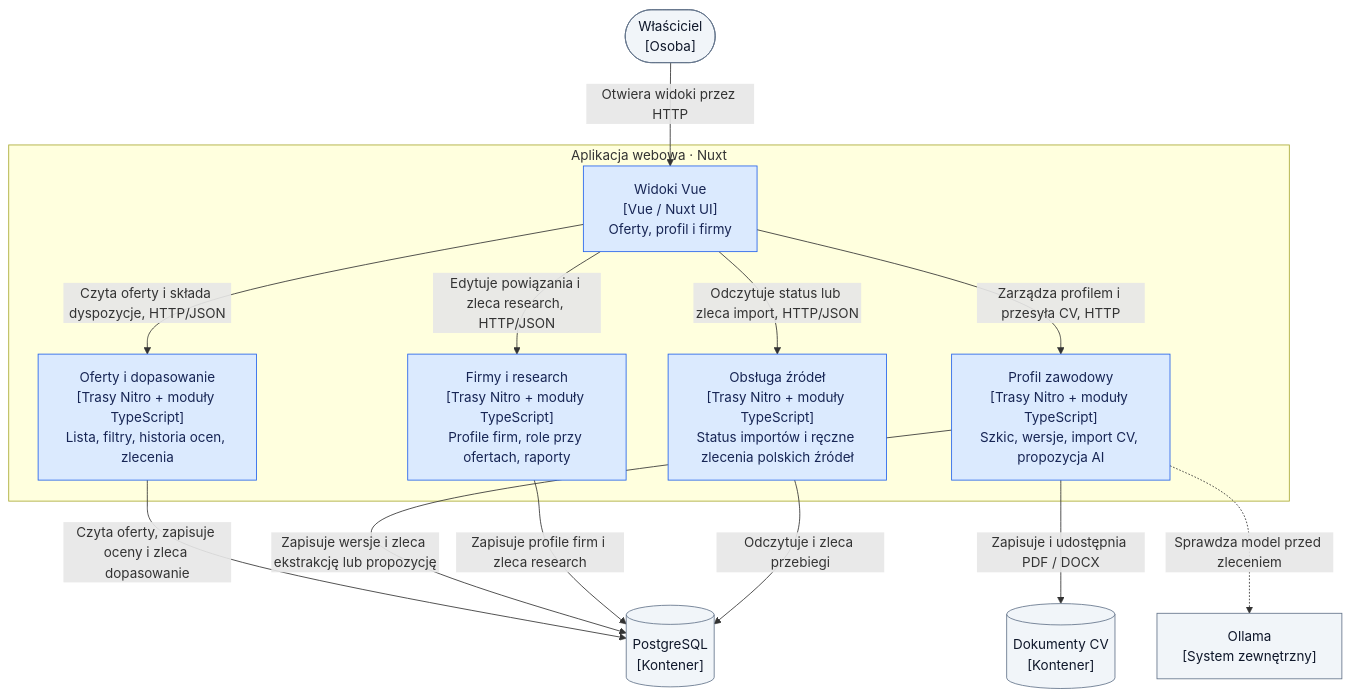
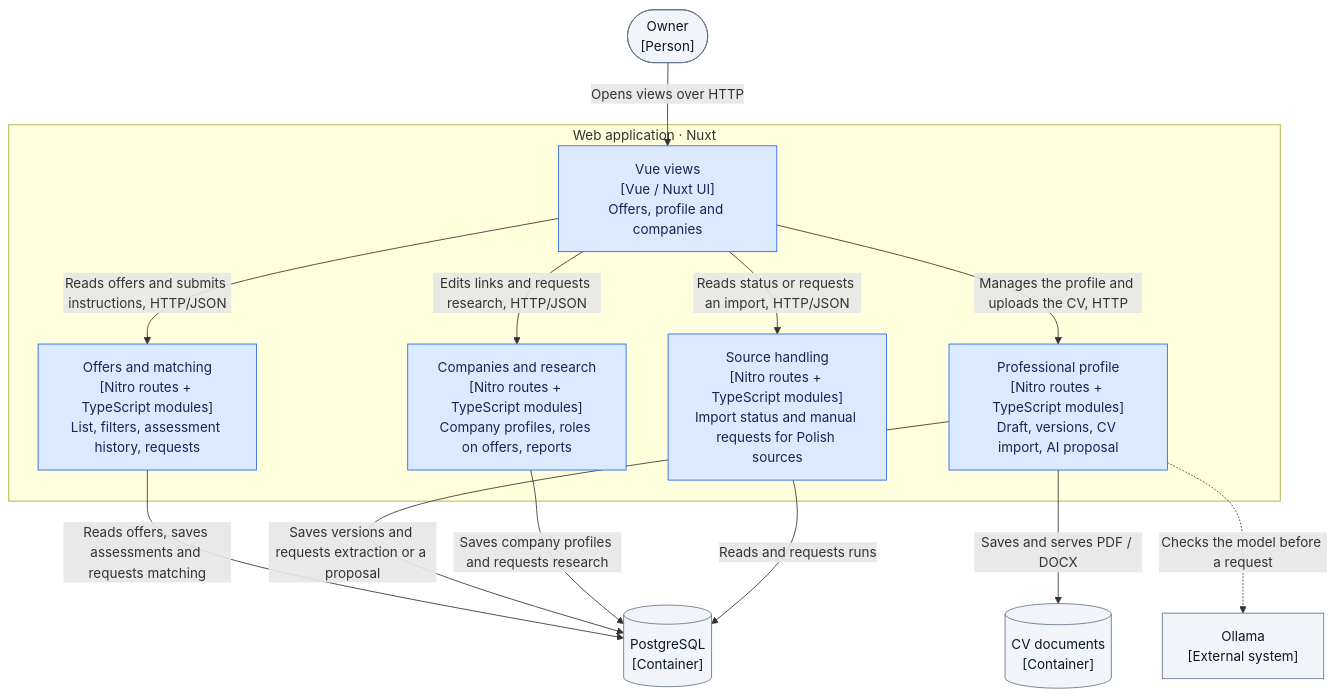
Before and after one commit to pioziol123/ofertorix-rekrutus: the third of 5 diagrams in docs/architecture/README.md, drawn with Mermaid. The commit also changed other lines of this file and 126 other files, not shown here.

````diff
--- a/docs/architecture/README.md
+++ b/docs/architecture/README.md
@@ -84,32 +84,32 @@
 ```mermaid
 flowchart TB
-  Owner(["Właściciel<br/>[Osoba]"])
-  DB[("PostgreSQL<br/>[Kontener]")]
-  Files[("Dokumenty CV<br/>[Kontener]")]
-  Ollama["Ollama<br/>[System zewnętrzny]"]
+  Owner(["Owner<br/>[Person]"])
+  DB[("PostgreSQL<br/>[Container]")]
+  Files[("CV documents<br/>[Container]")]
+  Ollama["Ollama<br/>[External system]"]
 
-  subgraph Web["Aplikacja webowa · Nuxt"]
-    UI["Widoki Vue<br/>[Vue / Nuxt UI]<br/>Oferty, profil i firmy"]
-    Offers["Oferty i dopasowanie<br/>[Trasy Nitro + moduły TypeScript]<br/>Lista, filtry, historia ocen, zlecenia"]
-    Profile["Profil zawodowy<br/>[Trasy Nitro + moduły TypeScript]<br/>Szkic, wersje, import CV, propozycja AI"]
-    Companies["Firmy i research<br/>[Trasy Nitro + moduły TypeScript]<br/>Profile firm, role przy ofertach, raporty"]
-    Sources["Obsługa źródeł<br/>[Trasy Nitro + moduły TypeScript]<br/>Status importów i ręczne zlecenia polskich źródeł"]
+  subgraph Web["Web application · Nuxt"]
+    UI["Vue views<br/>[Vue / Nuxt UI]<br/>Offers, profile and companies"]
+    Offers["Offers and matching<br/>[Nitro routes + TypeScript modules]<br/>List, filters, assessment history, requests"]
+    Profile["Professional profile<br/>[Nitro routes + TypeScript modules]<br/>Draft, versions, CV import, AI proposal"]
+    Companies["Companies and research<br/>[Nitro routes + TypeScript modules]<br/>Company profiles, roles on offers, reports"]
+    Sources["Source handling<br/>[Nitro routes + TypeScript modules]<br/>Import status and manual requests for Polish sources"]
   end
 
-  Owner -->|"Otwiera widoki przez HTTP"| UI
-  UI -->|"Czyta oferty i składa dyspozycje, HTTP/JSON"| Offers
-  UI -->|"Zarządza profilem i przesyła CV, HTTP"| Profile
-  UI -->|"Edytuje powiązania i zleca research, HTTP/JSON"| Companies
-  UI -->|"Odczytuje status lub zleca import, HTTP/JSON"| Sources
-  Offers -->|"Czyta oferty, zapisuje oceny i zleca dopasowanie"| DB
-  Profile -->|"Zapisuje wersje i zleca ekstrakcję lub propozycję"| DB
-  Companies -->|"Zapisuje profile firm i zleca research"| DB
-  Sources -->|"Odczytuje i zleca przebiegi"| DB
-  Profile -->|"Zapisuje i udostępnia PDF / DOCX"| Files
-  Profile -.->|"Sprawdza model przed zleceniem"| Ollama
+  Owner -->|"Opens views over HTTP"| UI
+  UI -->|"Reads offers and submits instructions, HTTP/JSON"| Offers
+  UI -->|"Manages the profile and uploads the CV, HTTP"| Profile
+  UI -->|"Edits links and requests research, HTTP/JSON"| Companies
+  UI -->|"Reads status or requests an import, HTTP/JSON"| Sources
+  Offers -->|"Reads offers, saves assessments and requests matching"| DB
+  Profile -->|"Saves versions and requests extraction or a proposal"| DB
+  Companies -->|"Saves company profiles and requests research"| DB
+  Sources -->|"Reads and requests runs"| DB
+  Profile -->|"Saves and serves PDF / DOCX"| Files
+  Profile -.->|"Checks the model before a request"| Ollama
 
   classDef internal fill:#dbeafe,stroke:#2563eb,color:#172554
   classDef external fill:#f1f5f9,stroke:#64748b,color:#0f172a
   class UI,Offers,Profile,Companies,Sources internal
   class Owner,DB,Files,Ollama external
 ```
````
